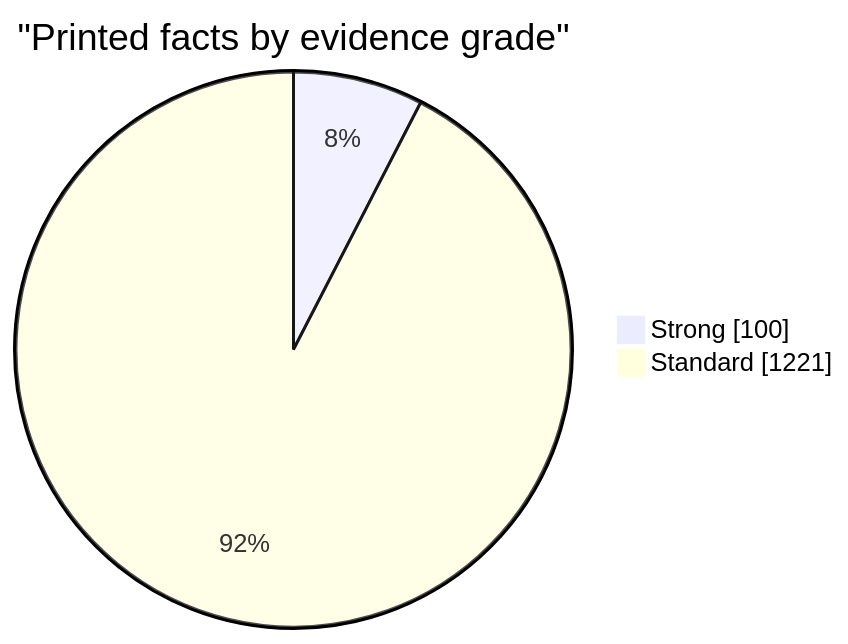
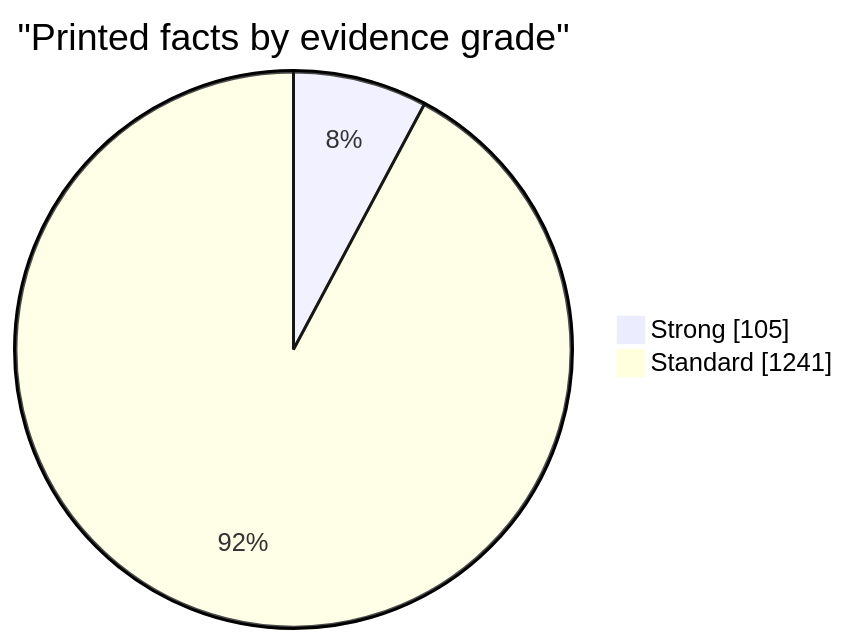
Before and after one commit to EU27-data-sovereignty/eu27-data-sovereignty: the first of 5 diagrams in docs/evidence.md, drawn with Mermaid. The commit also changed other lines of this file and 125 other files, not shown here.

````diff
--- a/docs/evidence.md
+++ b/docs/evidence.md
@@ -18,6 +18,6 @@
 ```mermaid
 pie showData
   title "Printed facts by evidence grade"
-  "Strong" : 100
-  "Standard" : 1221
+  "Strong" : 105
+  "Standard" : 1241
 ```
````
